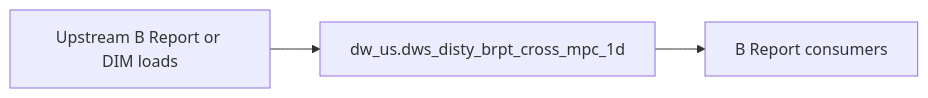
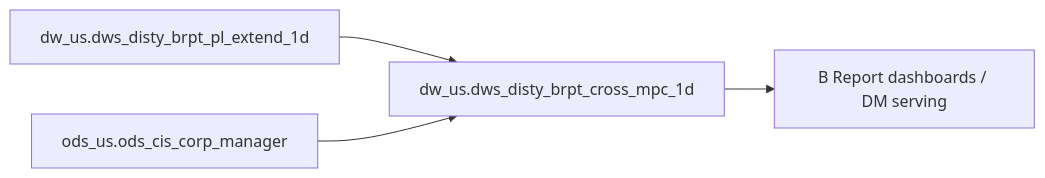
The diagram in backend/defaults/b_report/workspace/target/knowledgebase/b-report-us/dws_disty_brpt_cross_mpc_1d.md (chengduhaha/data_agent), drawn with Mermaid before and after one commit. The commit also changed other lines of this file and 1108 other files, not shown here.

````diff
--- a/backend/defaults/b_report/workspace/target/knowledgebase/b-report-us/dws_disty_brpt_cross_mpc_1d.md
+++ b/backend/defaults/b_report/workspace/target/knowledgebase/b-report-us/dws_disty_brpt_cross_mpc_1d.md
@@ -160,8 +267,10 @@
 ```mermaid
 flowchart LR
-  upstream[Upstream B Report or DIM loads]
-  tgt["dw_us.dws_disty_brpt_cross_mpc_1d"]
-  brpt[B Report consumers]
-  upstream --> tgt
-  tgt --> brpt
+  dw_us_dws_disty_brpt_cross_mpc_1d["dw_us.dws_disty_brpt_cross_mpc_1d"]
+  src0["dw_us.dws_disty_brpt_pl_extend_1d"]
+  src0 --> dw_us_dws_disty_brpt_cross_mpc_1d
+  src1["ods_us.ods_cis_corp_manager"]
+  src1 --> dw_us_dws_disty_brpt_cross_mpc_1d
+  consumers["B Report dashboards / DM serving"]
+  dw_us_dws_disty_brpt_cross_mpc_1d --> consumers
 ```
````
